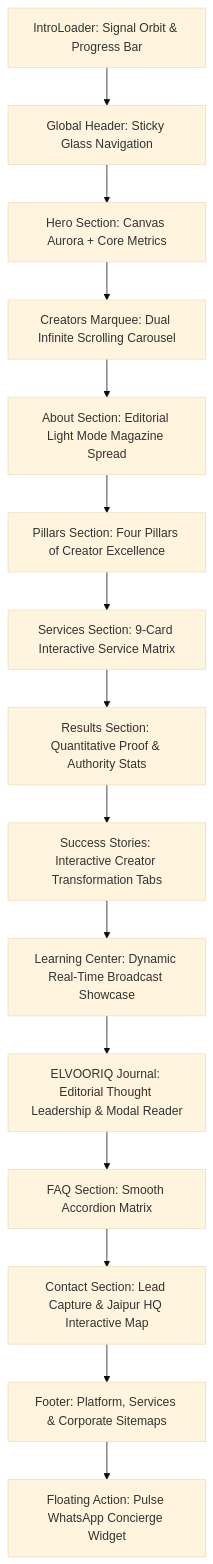
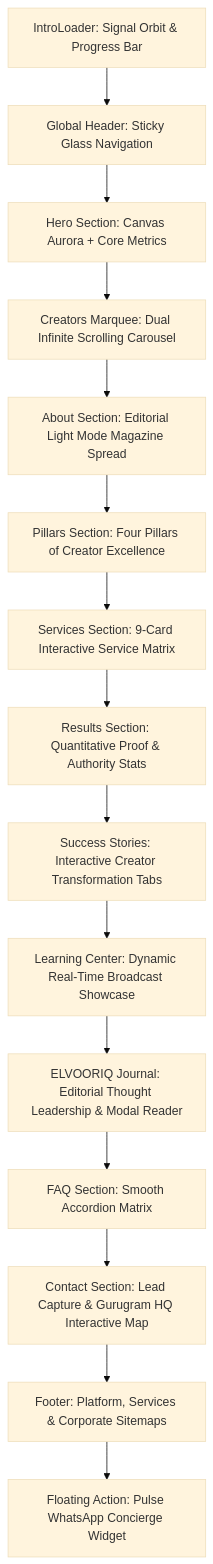
Before and after one commit to soham1304s/elvooriq-landing-page: the diagram in frontend/documentation.md, drawn with Mermaid (base theme). The commit also changed other lines of this file and 6 other files, not shown here.

Commit message:
fix(contact): update headquarters address to Sector 10A, Gurugram

````diff
--- a/frontend/documentation.md
+++ b/frontend/documentation.md
@@ -248,17 +248,17 @@
 ```mermaid
 flowchart TD
     A[IntroLoader: Signal Orbit & Progress Bar] --> B[Global Header: Sticky Glass Navigation]
     B --> C[Hero Section: Canvas Aurora + Core Metrics]
     C --> D[Creators Marquee: Dual Infinite Scrolling Carousel]
     D --> E[About Section: Editorial Light Mode Magazine Spread]
     E --> F[Pillars Section: Four Pillars of Creator Excellence]
     F --> G[Services Section: 9-Card Interactive Service Matrix]
     G --> H[Results Section: Quantitative Proof & Authority Stats]
     H --> I[Success Stories: Interactive Creator Transformation Tabs]
     I --> J[Learning Center: Dynamic Real-Time Broadcast Showcase]
     J --> K[ELVOORIQ Journal: Editorial Thought Leadership & Modal Reader]
     K --> L[FAQ Section: Smooth Accordion Matrix]
-    L --> M[Contact Section: Lead Capture & Jaipur HQ Interactive Map]
+    L --> M[Contact Section: Lead Capture & Gurugram HQ Interactive Map]
     M --> N[Footer: Platform, Services & Corporate Sitemaps]
     N --> O[Floating Action: Pulse WhatsApp Concierge Widget]
 ```
````
